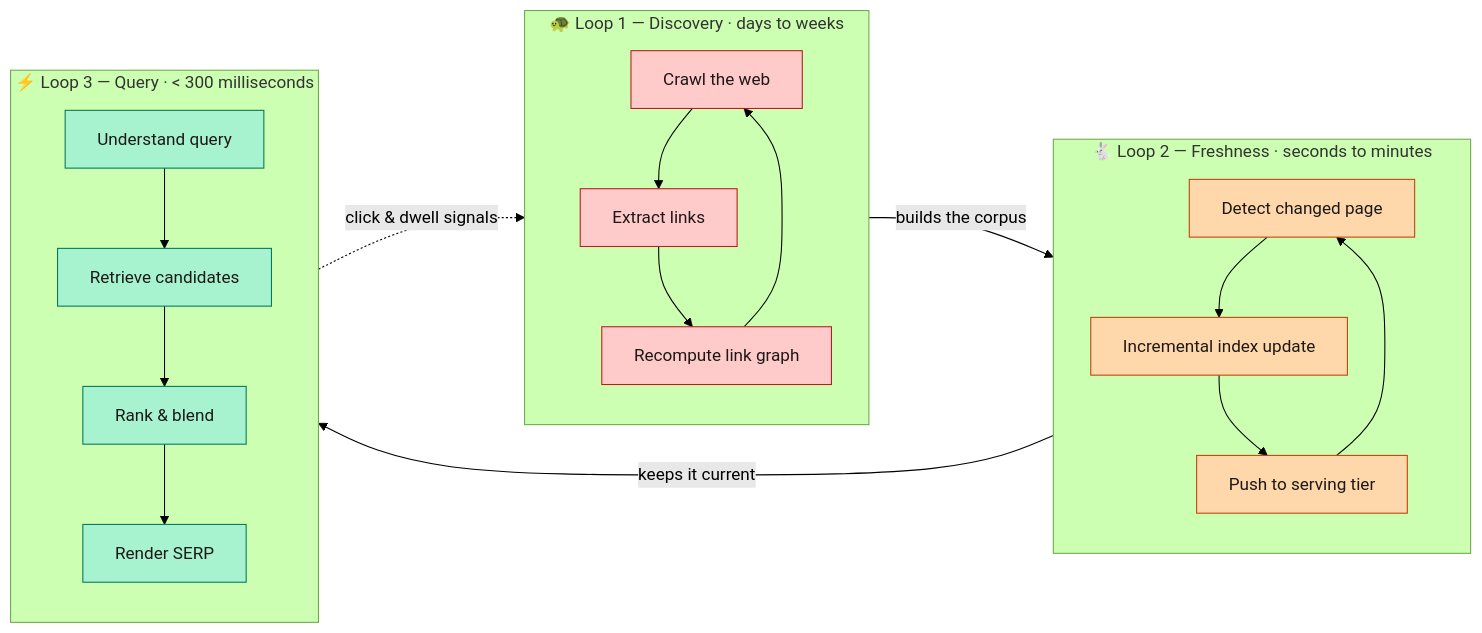
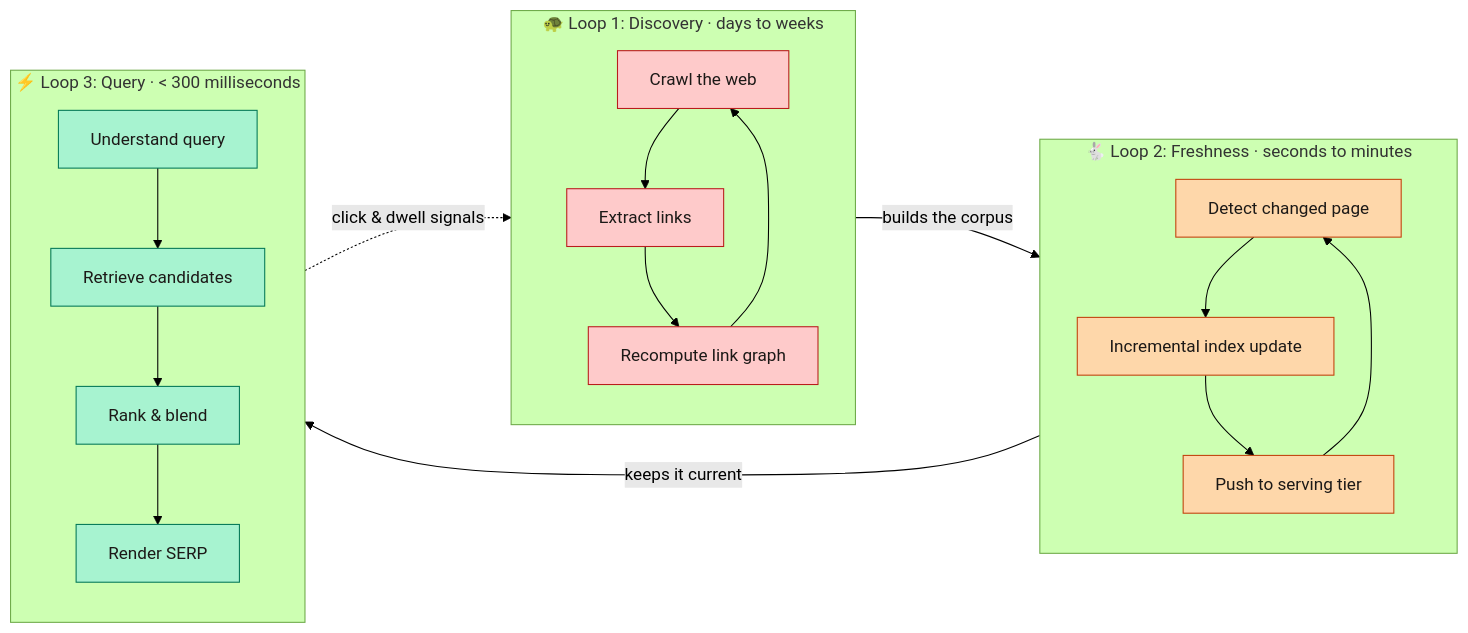
One commit to ahmedselimmansor-ctrl/google-search-system-design changed the second of 4 diagrams in README.md. Above: the diagram before and after it, drawn with Mermaid (forest theme). The commit also changed other lines of this file and 89 other files, not shown here.

````diff
--- a/README.md
+++ b/README.md
@@ -120,28 +120,28 @@
 ```mermaid
 flowchart LR
-    subgraph L1["🐢 Loop 1 — Discovery · days to weeks"]
+    subgraph L1["🐢 Loop 1: Discovery · days to weeks"]
         direction TB
         A1["Crawl the web"] --> A2["Extract links"] --> A3["Recompute link graph"] --> A1
     end
 
-    subgraph L2["🐇 Loop 2 — Freshness · seconds to minutes"]
+    subgraph L2["🐇 Loop 2: Freshness · seconds to minutes"]
         direction TB
         B1["Detect changed page"] --> B2["Incremental index update"] --> B3["Push to serving tier"] --> B1
     end
 
-    subgraph L3["⚡ Loop 3 — Query · &lt; 300 milliseconds"]
+    subgraph L3["⚡ Loop 3: Query · &lt; 300 milliseconds"]
         direction TB
         C1["Understand query"] --> C2["Retrieve candidates"] --> C3["Rank & blend"] --> C4["Render SERP"]
     end
 
     L1 -->|"builds the corpus"| L2
     L2 -->|"keeps it current"| L3
     L3 -.->|"click & dwell signals"| L1
 
     classDef slow fill:#fecaca,stroke:#b91c1c,color:#1c1917
     classDef mid fill:#fed7aa,stroke:#c2410c,color:#1c1917
     classDef fast fill:#a7f3d0,stroke:#047857,color:#1c1917
     class A1,A2,A3 slow
     class B1,B2,B3 mid
     class C1,C2,C3,C4 fast
 ```
````
